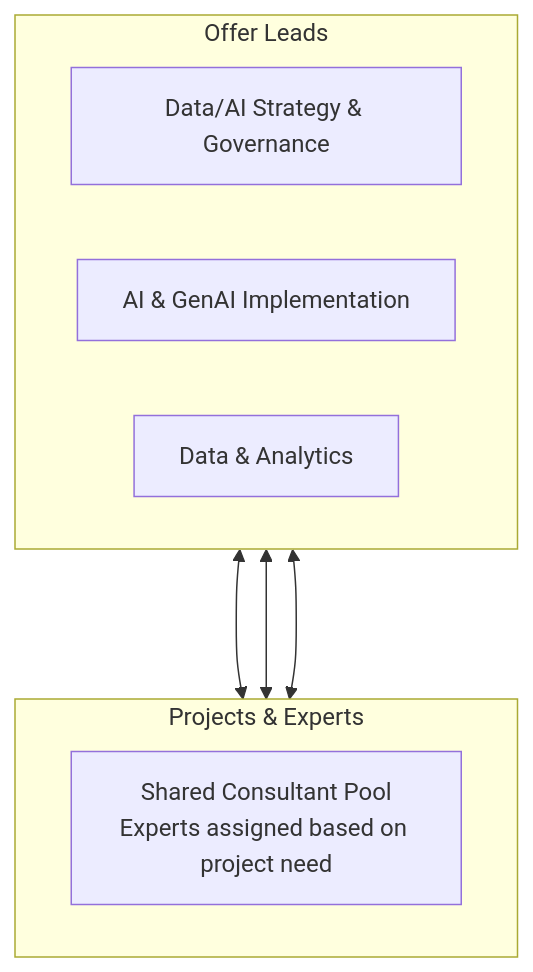
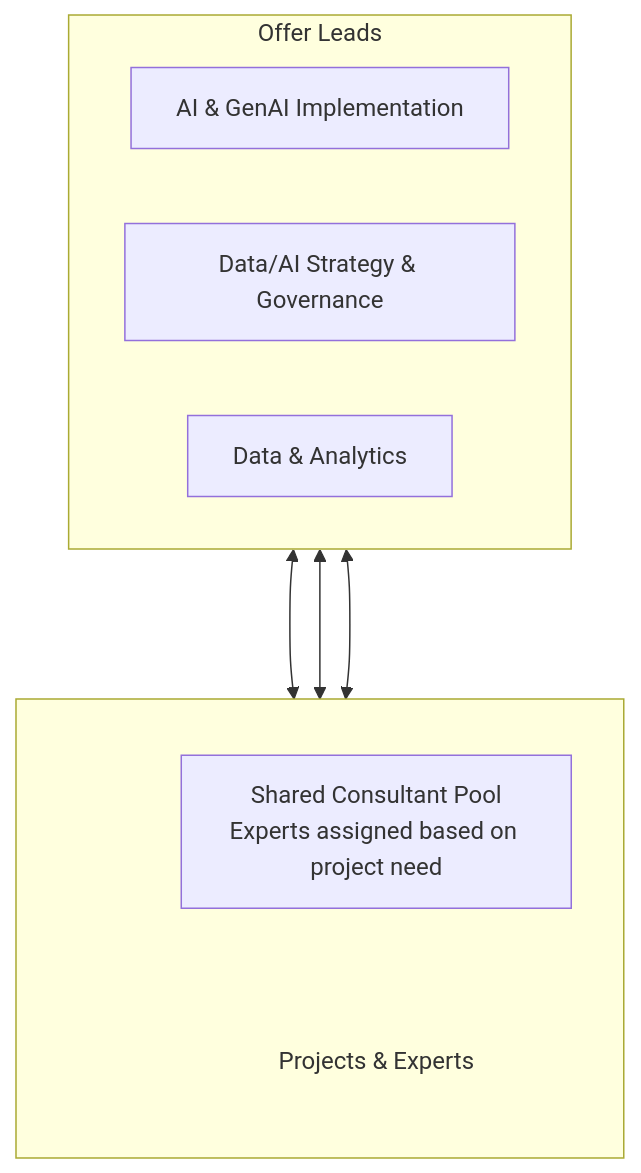
One commit to PlainsightPro/Vision-Playbook changed the first of 2 diagrams in docs/about-plainsight/how-were-organised.md. Above: the diagram before and after it, drawn with Mermaid. The commit also changed other lines of this file, not shown here.

Commit message:
Change mermaid diagram layout for readability and make sure that the infobox is not a dropdown

````diff
--- a/docs/about-plainsight/how-were-organised.md
+++ b/docs/about-plainsight/how-were-organised.md
@@ -44,22 +44,26 @@
 ```mermaid
 %%{init: { "flowchart": { "useMaxWidth": true } } }%%
 
 flowchart TB
   subgraph TOP[Offer Leads]
     direction LR
-    O1[Data/AI Strategy & Governance]
-    O2[AI & GenAI Implementation]
+    O1[AI & GenAI Implementation]
+    O2[Data/AI Strategy & Governance]
     O3[Data & Analytics]
   end
 
-  subgraph BOTTOM[Projects & Experts]
-    direction LR
+  subgraph BOTTOM[" "]
+    direction TB
+    S1[" "]
     C[Shared Consultant Pool<br/>Experts assigned based on project need]
+    P["Projects & Experts"]
   end
 
   %% make the bottom banner "span" the three top blocks:
   O1 <---> C
   O2 <---> C
   O3 <---> C
-
+  C ~~~ P
+  style P fill:transparent,stroke:transparent, font-size:16px
+  style S1 fill:transparent,stroke:transparent 
 ```
````
